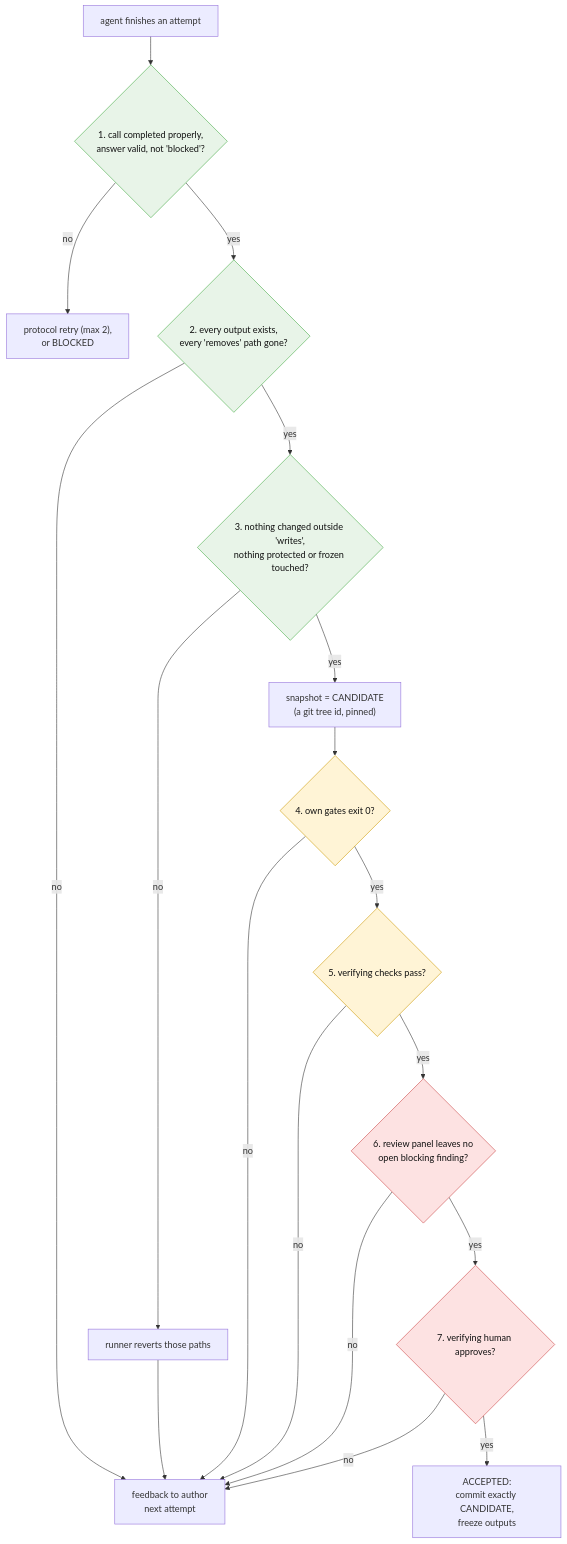
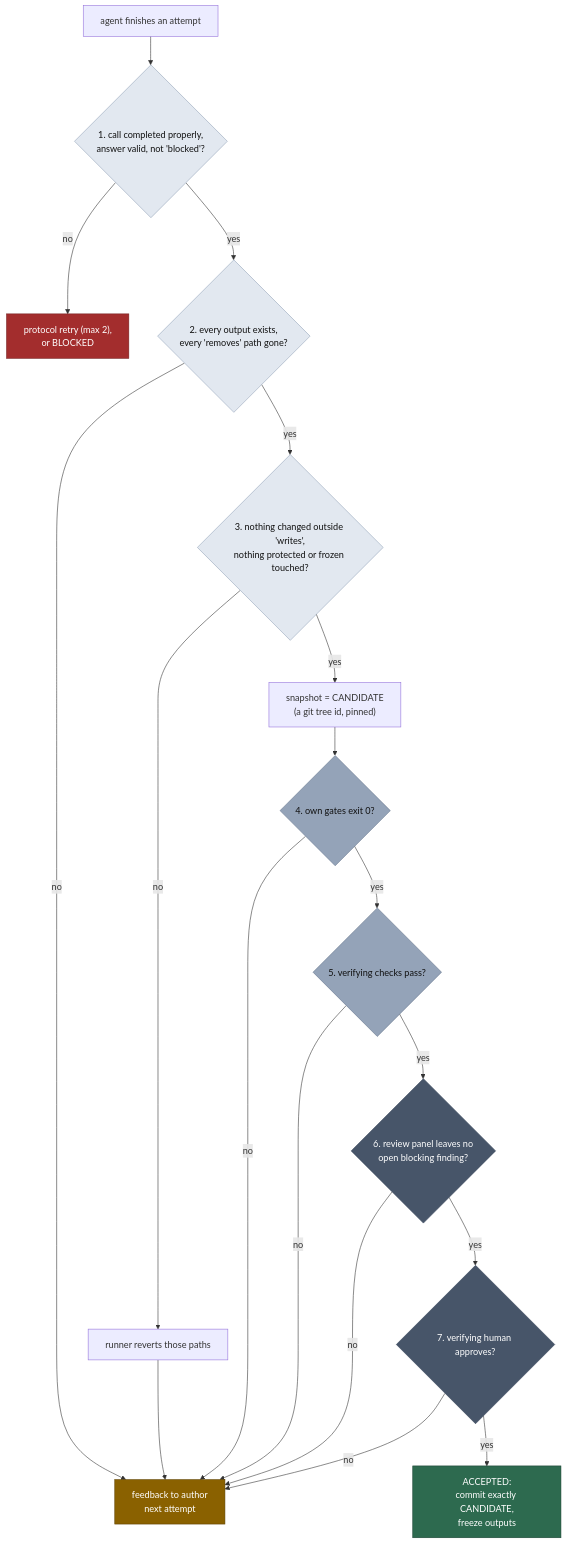
One commit to miavenet/mv-aipp101-starter changed the second of 4 diagrams in task_runner/docs/tutorial/02-a-task-end-to-end.md. Above: the diagram before and after it, drawn with Mermaid. The commit also changed other lines of this file and 6 other files, not shown here.

````diff
--- a/task_runner/docs/tutorial/02-a-task-end-to-end.md
+++ b/task_runner/docs/tutorial/02-a-task-end-to-end.md
@@ -43,26 +55,32 @@
 ```mermaid
 flowchart TB
     A["agent finishes an attempt"] --> S1{"1. call completed properly,<br/>answer valid, not 'blocked'?"}
     S1 -- no --> X1["protocol retry (max 2),<br/>or BLOCKED"]
     S1 -- yes --> S2{"2. every output exists,<br/>every 'removes' path gone?"}
     S2 -- no --> RW["feedback to author<br/>next attempt"]
     S2 -- yes --> S3{"3. nothing changed outside 'writes',<br/>nothing protected or frozen touched?"}
     S3 -- no --> RV["runner reverts those paths"] --> RW
     S3 -- yes --> C["snapshot = CANDIDATE<br/>(a git tree id, pinned)"]
     C --> S4{"4. own gates exit 0?"}
     S4 -- no --> RW
     S4 -- yes --> S5{"5. verifying checks pass?"}
     S5 -- no --> RW
     S5 -- yes --> S6{"6. review panel leaves no<br/>open blocking finding?"}
     S6 -- no --> RW
     S6 -- yes --> S7{"7. verifying human approves?"}
     S7 -- no --> RW
     S7 -- yes --> ACC["ACCEPTED:<br/>commit exactly CANDIDATE,<br/>freeze outputs"]
 
-    classDef free fill:#e8f4e8,stroke:#4a4,color:#111111
-    classDef cheap fill:#fff4d6,stroke:#c90,color:#111111
-    classDef costly fill:#fde2e2,stroke:#c44,color:#111111
+    classDef free fill:#e2e8f0,stroke:#94a3b8,color:#111111
+    classDef cheap fill:#94a3b8,stroke:#64748b,color:#111111
+    classDef costly fill:#475569,stroke:#334155,color:#ffffff
+    classDef ok fill:#2d6a4f,stroke:#1b4332,color:#ffffff
+    classDef rework fill:#8a6100,stroke:#5e4200,color:#ffffff
+    classDef stop fill:#a32d2d,stroke:#741f1f,color:#ffffff
     class S1,S2,S3 free
     class S4,S5 cheap
     class S6,S7 costly
+    class ACC ok
+    class RW rework
+    class X1 stop
 ```
````
